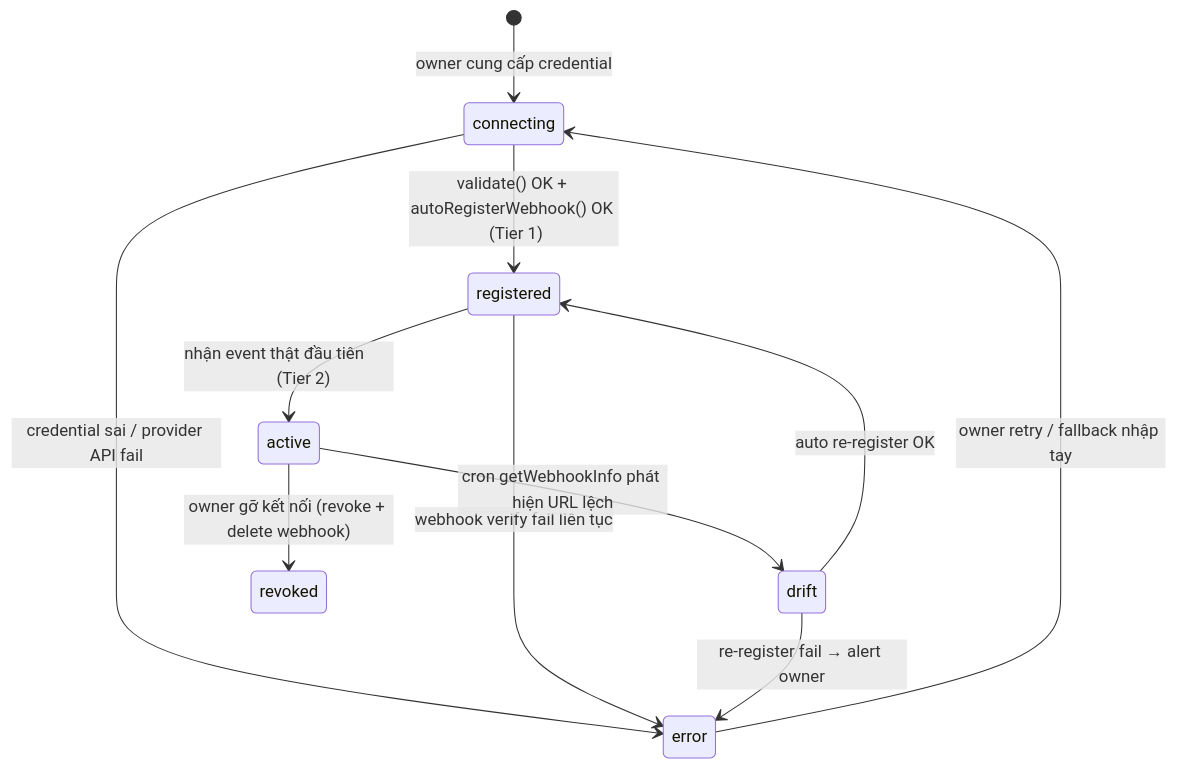
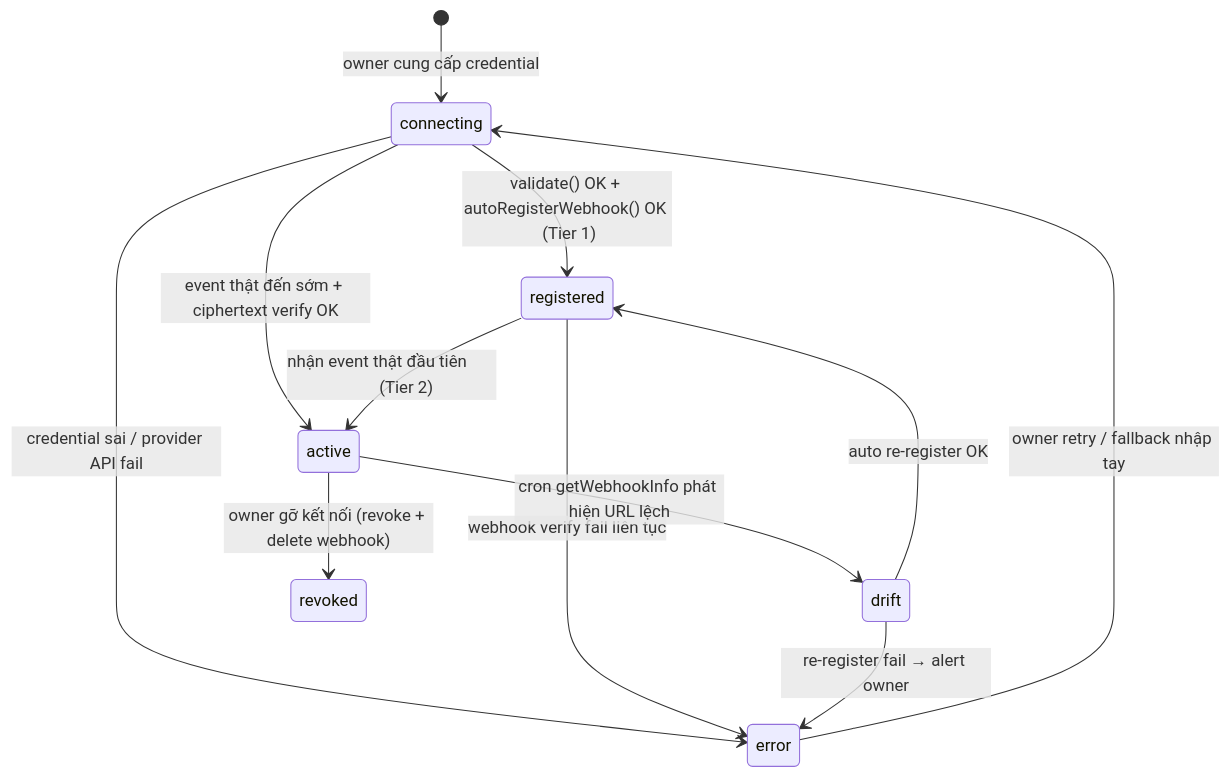
The first of 2 diagrams in docs/features/feature_connector_onboarding.md (maingocanh1702/plexco-app), drawn with Mermaid before and after one commit. The commit also changed other lines of this file and 103 other files, not shown here.

````diff
--- a/docs/features/feature_connector_onboarding.md
+++ b/docs/features/feature_connector_onboarding.md
@@ -217,13 +245,14 @@
 ```mermaid
 stateDiagram-v2
     [*] --> connecting: owner cung cấp credential
     connecting --> registered: validate() OK + autoRegisterWebhook() OK  (Tier 1)
+    connecting --> active: event thật đến sớm + ciphertext verify OK
     connecting --> error: credential sai / provider API fail
     registered --> active: nhận event thật đầu tiên              (Tier 2)
     registered --> error: webhook verify fail liên tục
     active --> drift: cron getWebhookInfo phát hiện URL lệch
     drift --> registered: auto re-register OK
     drift --> error: re-register fail → alert owner
     error --> connecting: owner retry / fallback nhập tay
     active --> revoked: owner gỡ kết nối (revoke + delete webhook)
 ```
````
